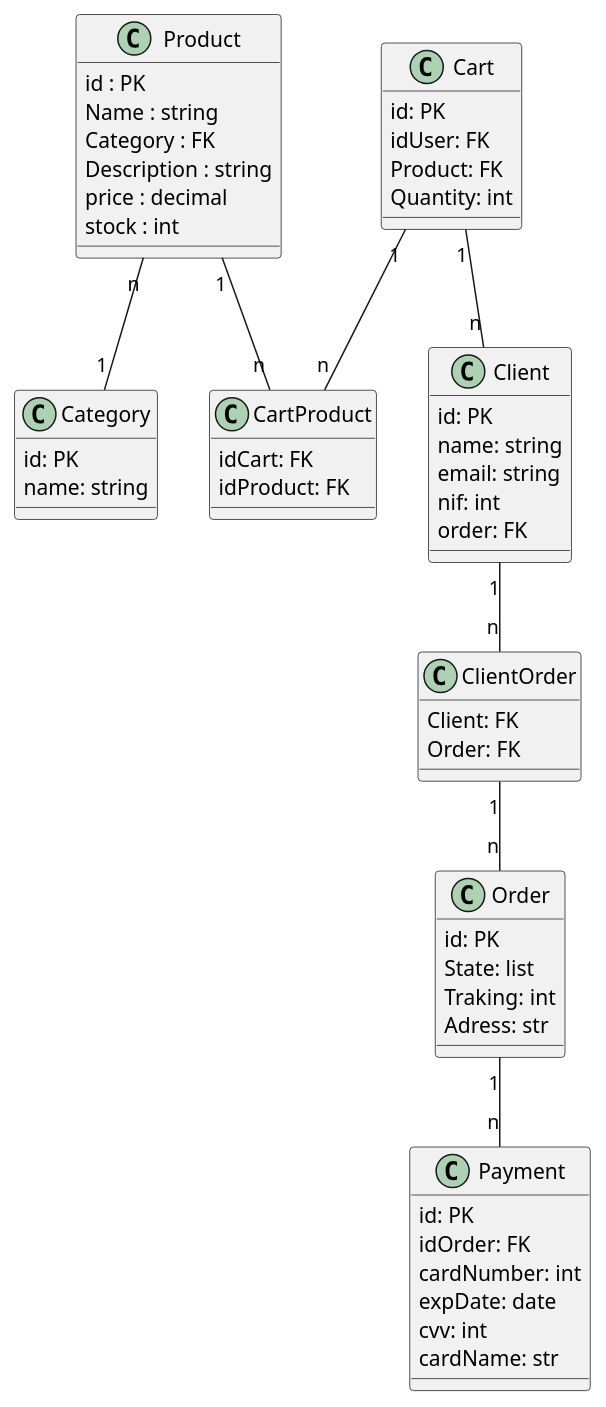
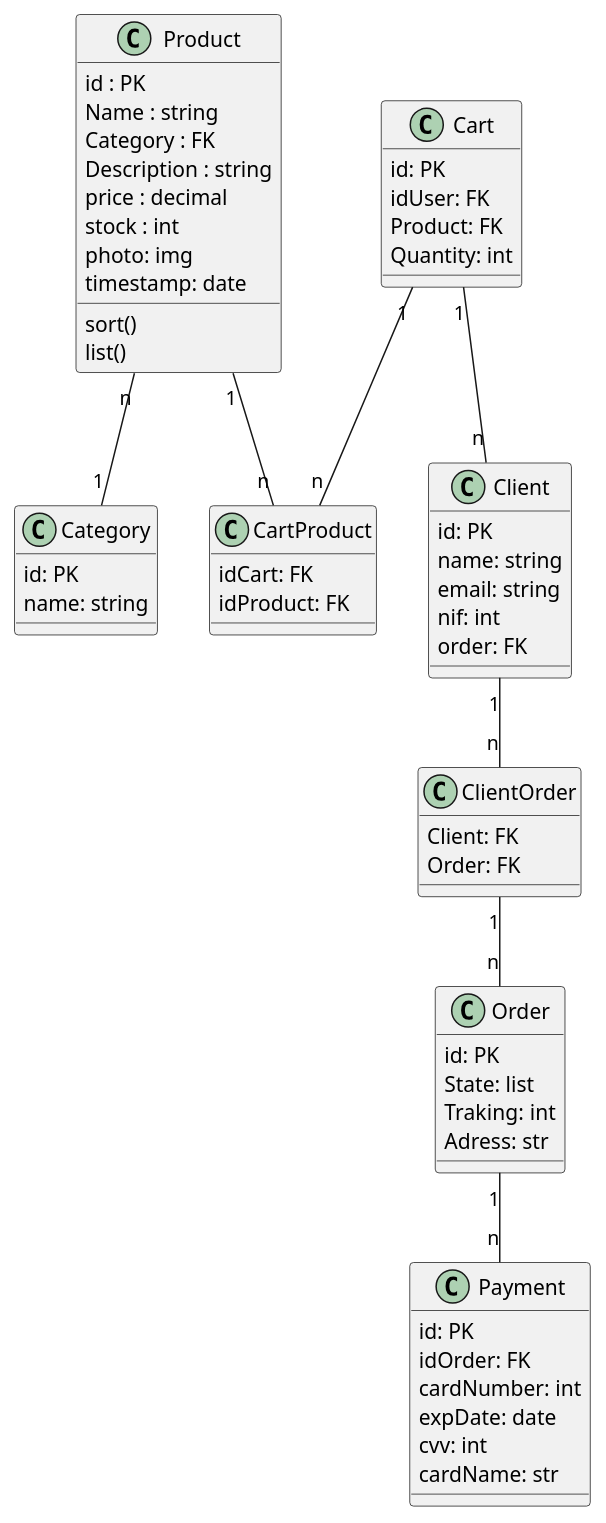
Before and after one commit to migas553/ProjetoFinal: the diagram in classes.plantuml, drawn with PlantUML. The commit also changed 2 other files, not shown here.

```diff
--- a/classes.plantuml
+++ b/classes.plantuml
@@ -1,67 +1,71 @@
 @startuml Farmacia
 
 class Product{
     id : PK
     Name : string
     Category : FK
     Description : string
     price : decimal
-    stock : int    
+    stock : int
+    photo: img
+    timestamp: date
+    sort()
+    list()    
 }
 
 class Category{
     id: PK
     name: string
 }
 
 class Client{
     id: PK
     name: string
     email: string
     nif: int
     order: FK
     
 }
 class Order{
     id: PK
     State: list
     Traking: int
     Adress: str
     
 }
 class ClientOrder{
     Client: FK
     Order: FK
 }
 
 class Cart{
     id: PK
     idUser: FK
     Product: FK
     Quantity: int
 }
 
 class CartProduct{
     idCart: FK
     idProduct: FK
 }
 
 class Payment{
     id: PK
     idOrder: FK
     cardNumber: int
     expDate: date
     cvv: int
     cardName: str
 
 } 
 
 Order "1" -- "n" Payment
 Product "1" -- "n" CartProduct
 Product "n" -- "1" Category
 Cart "1" -- "n" CartProduct
 Cart "1" -- "n" Client
 Client "1" -- "n" ClientOrder
 ClientOrder "1" -- "n" Order
 
 @enduml
```
